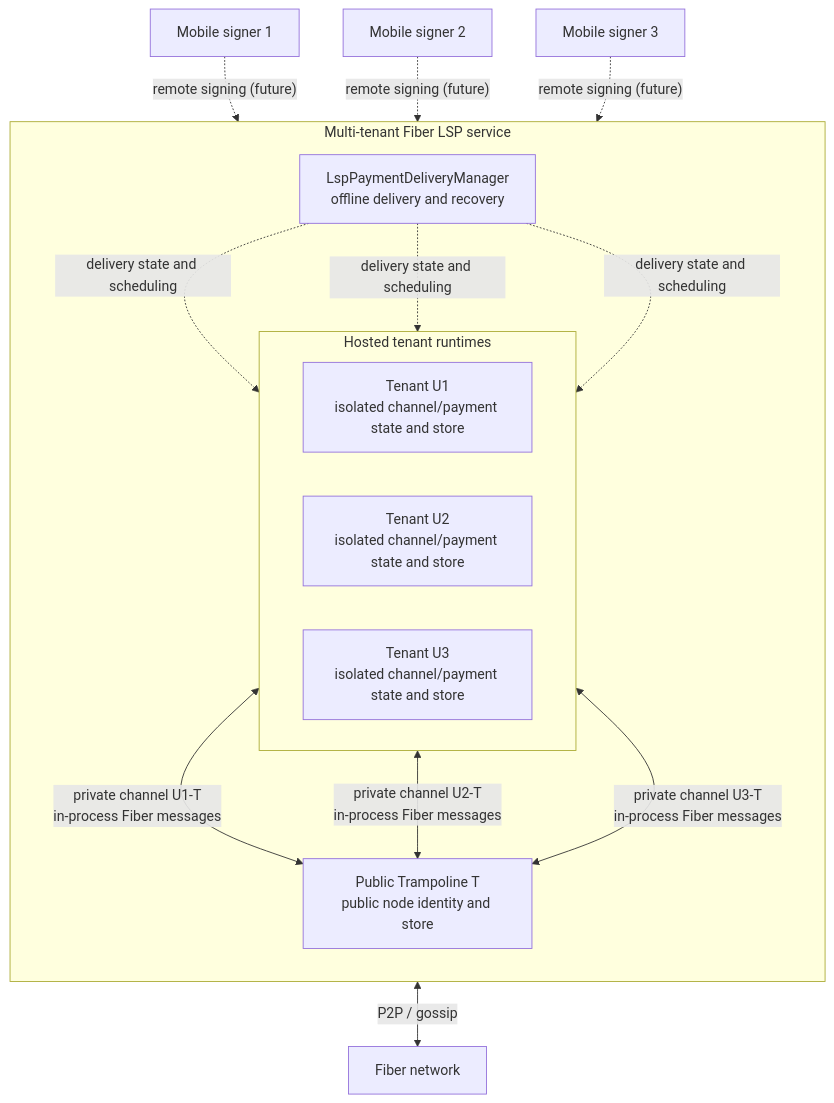
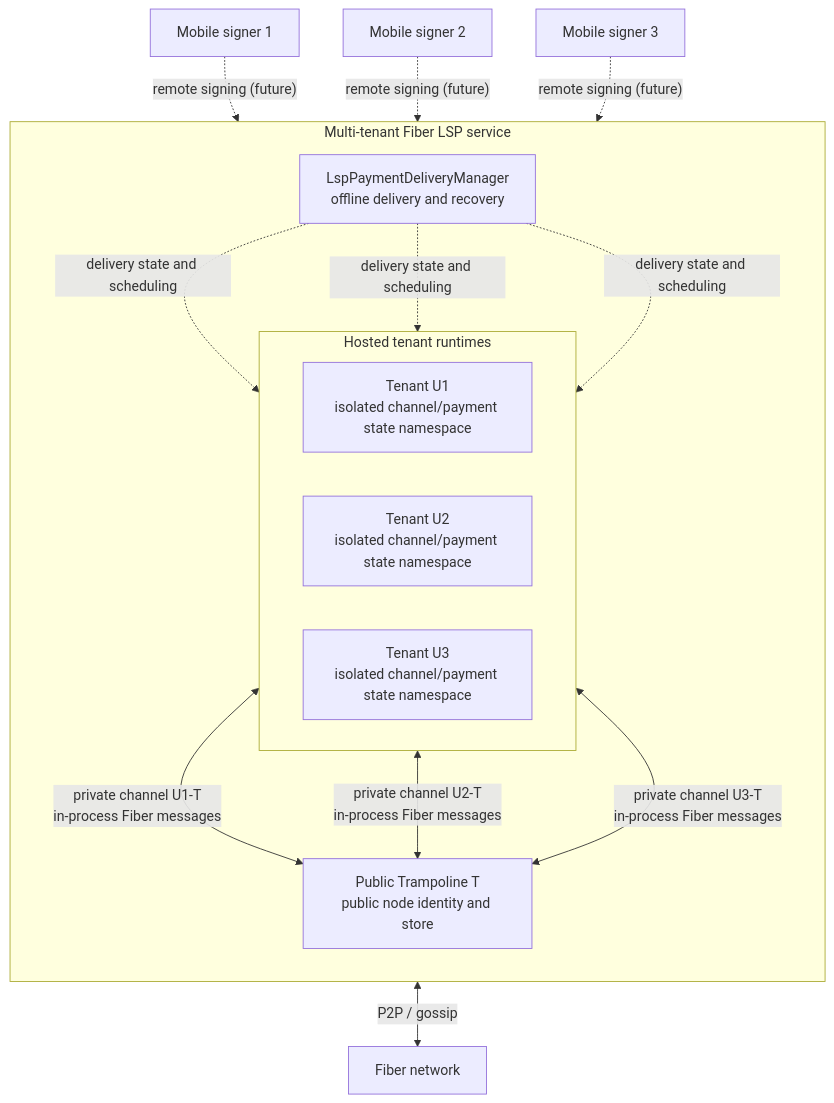
Before and after one commit to nervosnetwork/fiber: the diagram in docs/notes/hosted-lsp.md, drawn with Mermaid. The commit also changed other lines of this file and 6 other files, not shown here.

Commit message:
feat: namespace hosted tenant state

````diff
--- a/docs/notes/hosted-lsp.md
+++ b/docs/notes/hosted-lsp.md
@@ -26,29 +27,29 @@
 ```mermaid
 flowchart TB
     S1["Mobile signer 1"] -. "remote signing (future)" .-> U1
     S2["Mobile signer 2"] -. "remote signing (future)" .-> U2
     S3["Mobile signer 3"] -. "remote signing (future)" .-> U3
 
     subgraph LSP["Multi-tenant Fiber LSP service"]
         direction TB
         D["LspPaymentDeliveryManager<br/>offline delivery and recovery"]
 
         subgraph R["Hosted tenant runtimes"]
             direction LR
-            U1["Tenant U1<br/>isolated channel/payment state and store"]
-            U2["Tenant U2<br/>isolated channel/payment state and store"]
-            U3["Tenant U3<br/>isolated channel/payment state and store"]
+            U1["Tenant U1<br/>isolated channel/payment state namespace"]
+            U2["Tenant U2<br/>isolated channel/payment state namespace"]
+            U3["Tenant U3<br/>isolated channel/payment state namespace"]
         end
 
         T["Public Trampoline T<br/>public node identity and store"]
 
         D -. "delivery state and scheduling" .-> U1
         D -. "delivery state and scheduling" .-> U2
         D -. "delivery state and scheduling" .-> U3
         U1 <-->|"private channel U1-T<br/>in-process Fiber messages"| T
         U2 <-->|"private channel U2-T<br/>in-process Fiber messages"| T
         U3 <-->|"private channel U3-T<br/>in-process Fiber messages"| T
     end
 
     T <-->|"P2P / gossip"| N["Fiber network"]
 ```
````
